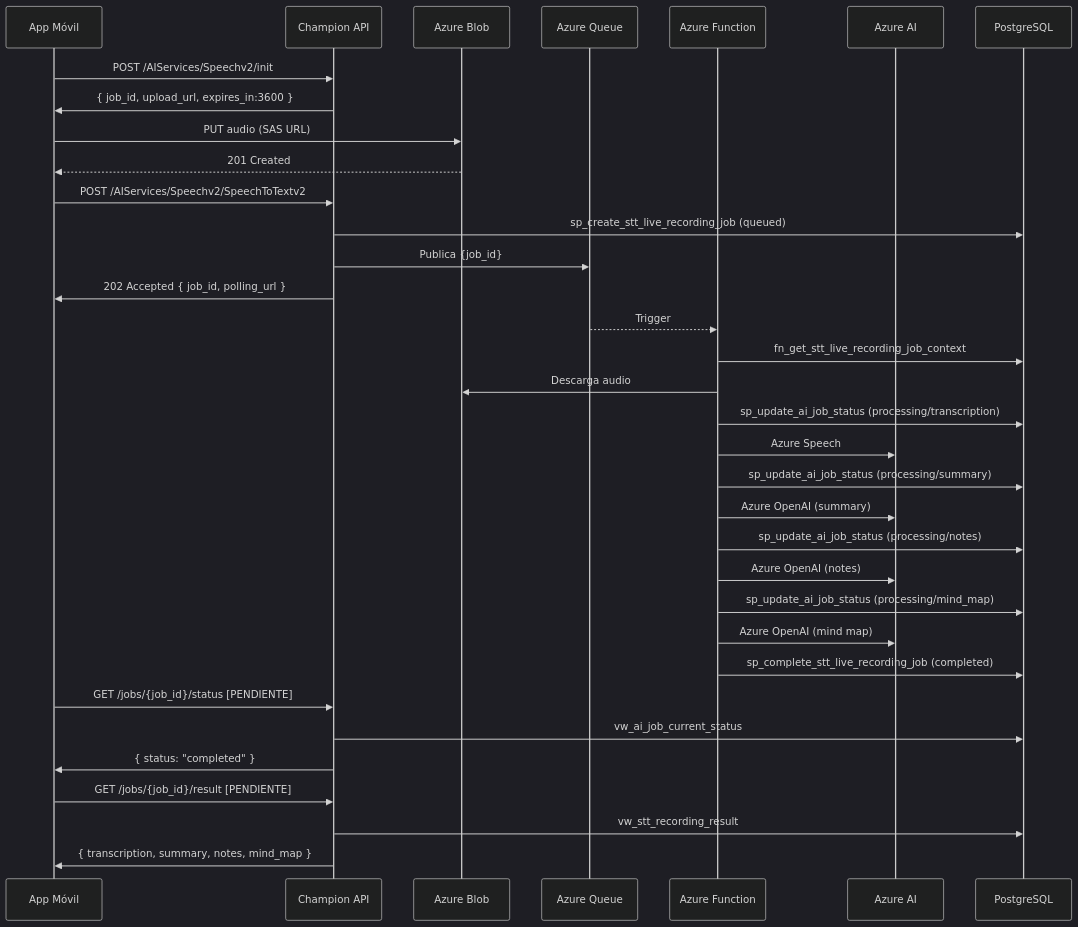
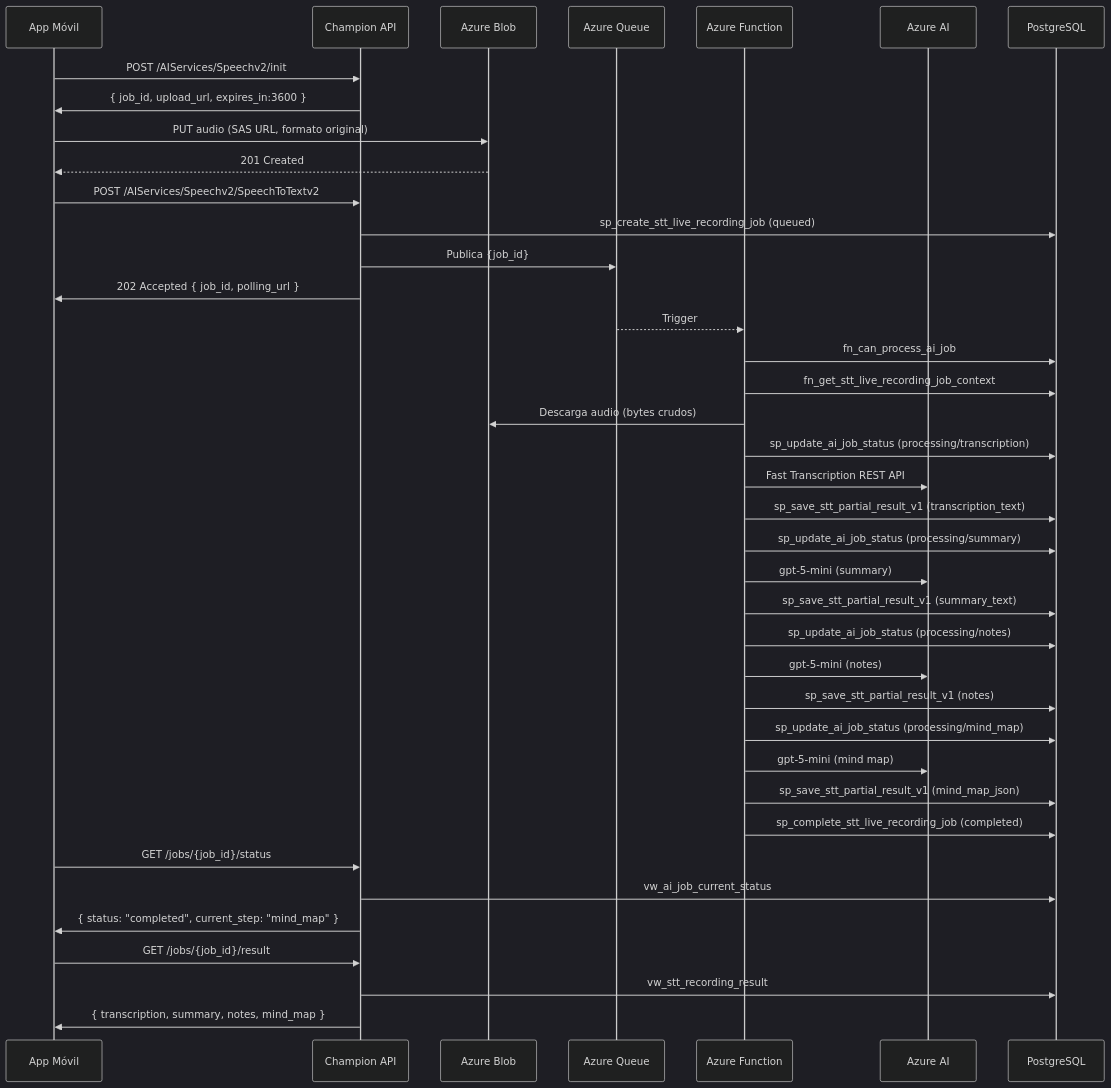
Before and after one commit to SCaneoGarrido/Champion-AI: the diagram in App/Knowledge/Features/speech-to-text.md, drawn with Mermaid (dark theme). The commit also changed other lines of this file and 73 other files, not shown here.

````diff
--- a/App/Knowledge/Features/speech-to-text.md
+++ b/App/Knowledge/Features/speech-to-text.md
@@ -58,42 +85,47 @@
 ```mermaid
 sequenceDiagram
     participant C as App Móvil
     participant API as Champion API
     participant BLOB as Azure Blob
     participant Q as Azure Queue
     participant FN as Azure Function
     participant AI as Azure AI
     participant PG as PostgreSQL
 
     C->>API: POST /AIServices/Speechv2/init
     API->>C: { job_id, upload_url, expires_in:3600 }
 
-    C->>BLOB: PUT audio (SAS URL)
+    C->>BLOB: PUT audio (SAS URL, formato original)
     BLOB-->>C: 201 Created
 
     C->>API: POST /AIServices/Speechv2/SpeechToTextv2
     API->>PG: sp_create_stt_live_recording_job (queued)
     API->>Q: Publica {job_id}
     API->>C: 202 Accepted { job_id, polling_url }
 
     Q-->>FN: Trigger
+    FN->>PG: fn_can_process_ai_job
     FN->>PG: fn_get_stt_live_recording_job_context
-    FN->>BLOB: Descarga audio
+    FN->>BLOB: Descarga audio (bytes crudos)
     FN->>PG: sp_update_ai_job_status (processing/transcription)
-    FN->>AI: Azure Speech
+    FN->>AI: Fast Transcription REST API
+    FN->>PG: sp_save_stt_partial_result_v1 (transcription_text)
     FN->>PG: sp_update_ai_job_status (processing/summary)
-    FN->>AI: Azure OpenAI (summary)
+    FN->>AI: gpt-5-mini (summary)
+    FN->>PG: sp_save_stt_partial_result_v1 (summary_text)
     FN->>PG: sp_update_ai_job_status (processing/notes)
-    FN->>AI: Azure OpenAI (notes)
+    FN->>AI: gpt-5-mini (notes)
+    FN->>PG: sp_save_stt_partial_result_v1 (notes)
     FN->>PG: sp_update_ai_job_status (processing/mind_map)
-    FN->>AI: Azure OpenAI (mind map)
+    FN->>AI: gpt-5-mini (mind map)
+    FN->>PG: sp_save_stt_partial_result_v1 (mind_map_json)
     FN->>PG: sp_complete_stt_live_recording_job (completed)
 
-    C->>API: GET /jobs/{job_id}/status [PENDIENTE]
+    C->>API: GET /jobs/{job_id}/status
     API->>PG: vw_ai_job_current_status
-    API->>C: { status: "completed" }
+    API->>C: { status: "completed", current_step: "mind_map" }
 
-    C->>API: GET /jobs/{job_id}/result [PENDIENTE]
+    C->>API: GET /jobs/{job_id}/result
     API->>PG: vw_stt_recording_result
     API->>C: { transcription, summary, notes, mind_map }
 ```
````
